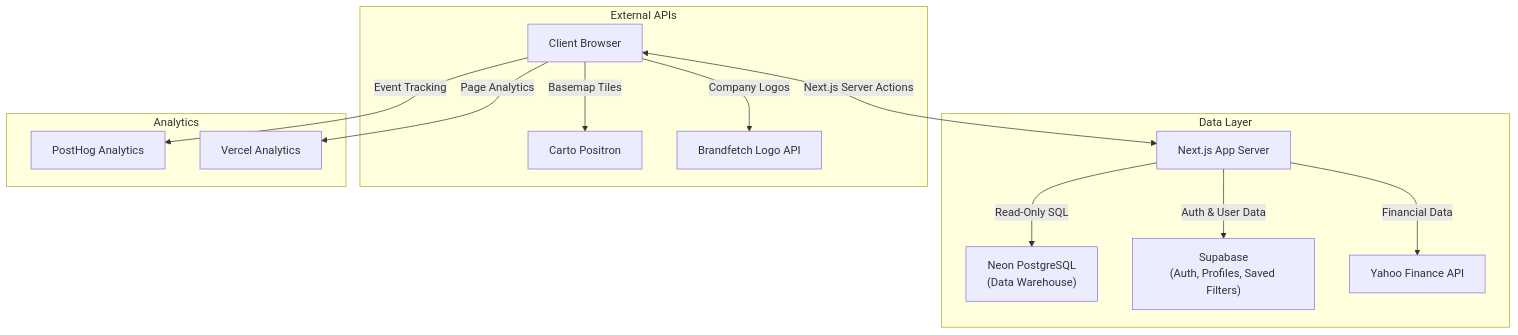
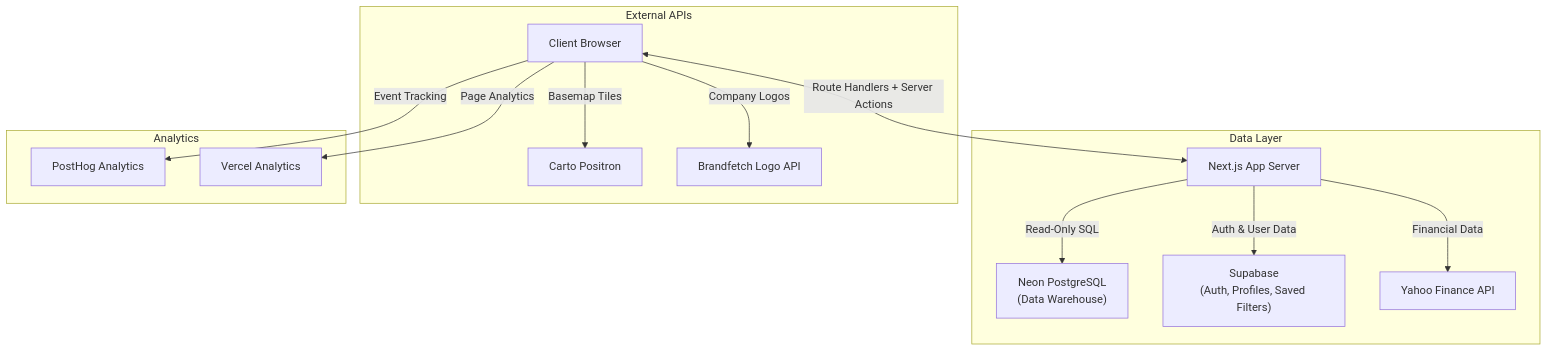
The diagram in README.md (Bamboo-Reports/bamboo-reports-main), drawn with Mermaid before and after one commit. The commit also changed other lines of this file and 19 other files, not shown here.

````diff
--- a/README.md
+++ b/README.md
@@ -107,20 +110,20 @@
 ```mermaid
 graph TD
-    Client[Client Browser] <-->|Next.js Server Actions| AppServer[Next.js App Server]
+    Client[Client Browser] <-->|Route Handlers + Server Actions| AppServer[Next.js App Server]
 
     subgraph Data Layer
         AppServer -->|Read-Only SQL| Neon["Neon PostgreSQL<br/>(Data Warehouse)"]
         AppServer -->|Auth & User Data| Supabase["Supabase<br/>(Auth, Profiles, Saved Filters)"]
         AppServer -->|Financial Data| YahooFinance["Yahoo Finance API"]
     end
 
     subgraph External APIs
         Client -->|Basemap Tiles| Carto[Carto Positron]
         Client -->|Company Logos| Brandfetch[Brandfetch Logo API]
     end
 
     subgraph Analytics
         Client -->|Event Tracking| PostHog[PostHog Analytics]
         Client -->|Page Analytics| Vercel[Vercel Analytics]
     end
 ```
````
